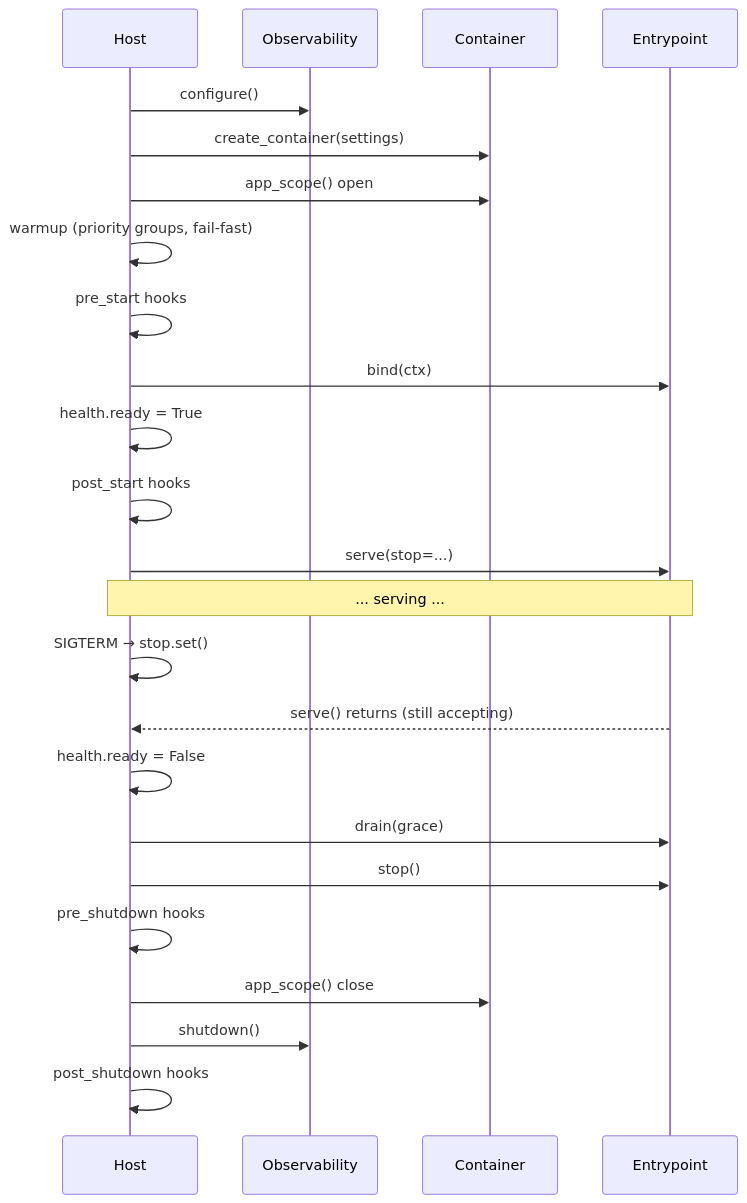
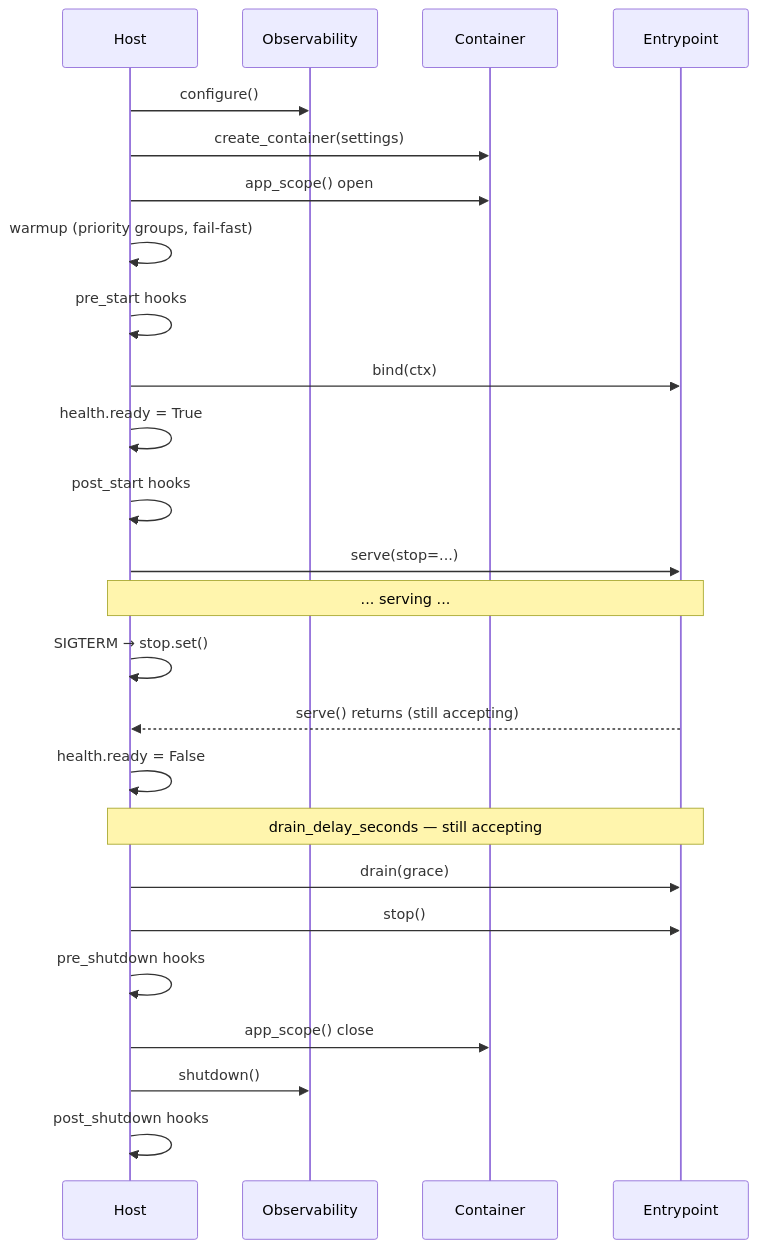
One commit to bedrock-python/servicewright changed the diagram in docs/concepts/lifecycle.md. Above: the diagram before and after it, drawn with Mermaid. The commit also changed other lines of this file and 13 other files, not shown here.

First line of the commit message:
feat: AppSpec.drain_delay_seconds keeps the listeners open after readiness goes red (#47)

````diff
--- a/docs/concepts/lifecycle.md
+++ b/docs/concepts/lifecycle.md
@@ -218,27 +227,28 @@
 ```mermaid
 sequenceDiagram
     participant H as Host
     participant O as Observability
     participant C as Container
     participant E as Entrypoint
 
     H->>O: configure()
     H->>C: create_container(settings)
     H->>C: app_scope() open
     H->>H: warmup (priority groups, fail-fast)
     H->>H: pre_start hooks
     H->>E: bind(ctx)
     H->>H: health.ready = True
     H->>H: post_start hooks
     H->>E: serve(stop=...)
     Note over H,E: ... serving ...
     H->>H: SIGTERM → stop.set()
     E-->>H: serve() returns (still accepting)
     H->>H: health.ready = False
+    Note over H,E: drain_delay_seconds — still accepting
     H->>E: drain(grace)
     H->>E: stop()
     H->>H: pre_shutdown hooks
     H->>C: app_scope() close
     H->>O: shutdown()
     H->>H: post_shutdown hooks
 ```
````
